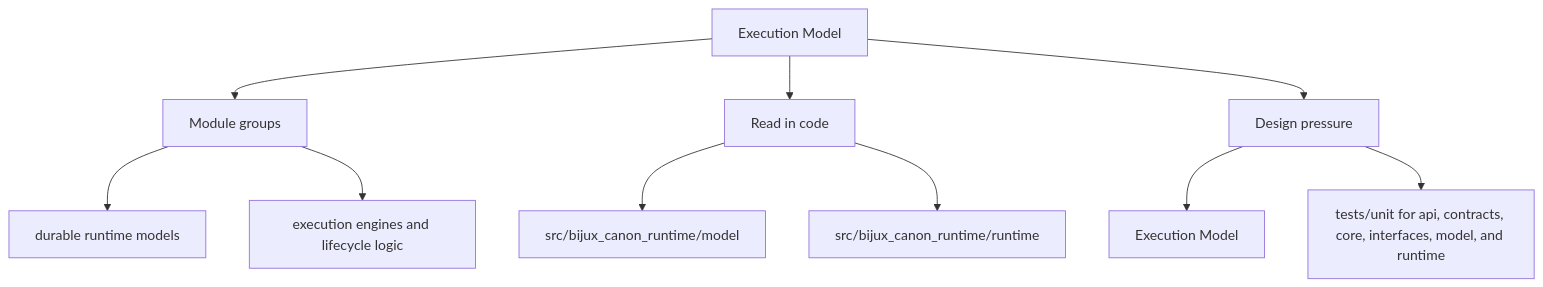
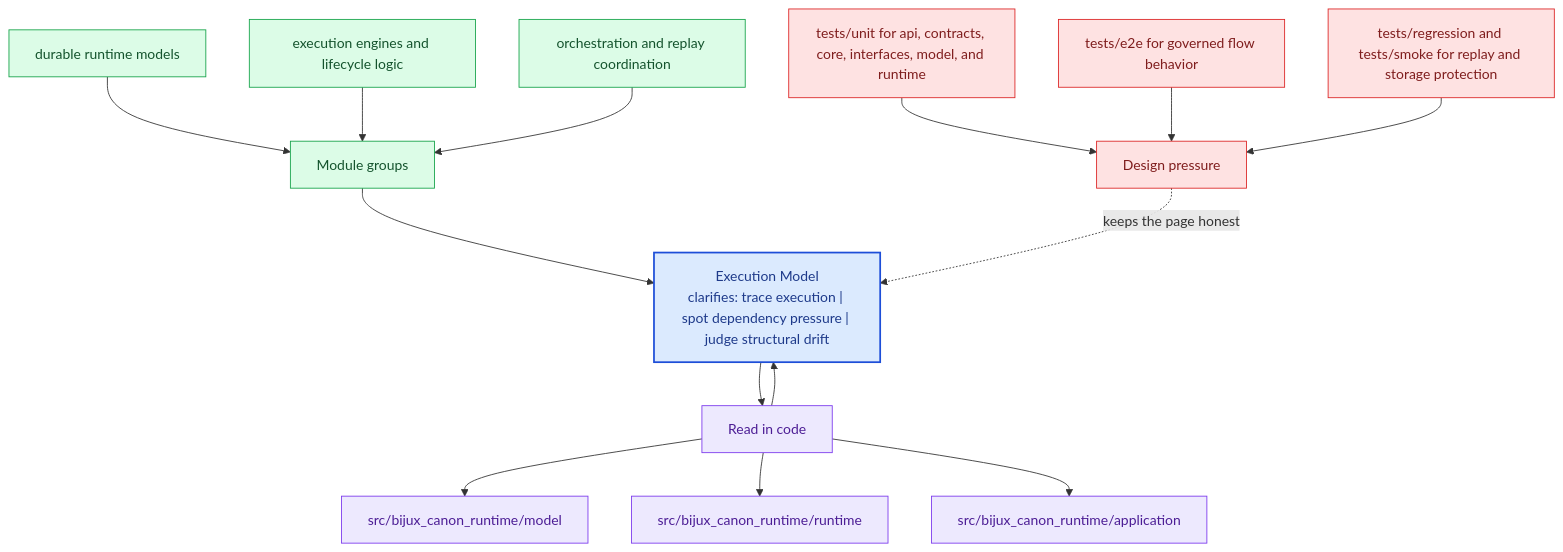
The second of 2 diagrams in docs/bijux-canon-runtime/architecture/execution-model.md (bijux/bijux-canon), drawn with Mermaid before and after one commit. The commit also changed other lines of this file and 281 other files, not shown here.

Commit message:
docs(diagrams): deepen handbook mermaid maps across the catalog

````diff
--- a/docs/bijux-canon-runtime/architecture/execution-model.md
+++ b/docs/bijux-canon-runtime/architecture/execution-model.md
@@ -36,22 +69,40 @@
 ```mermaid
-flowchart TD
-    page["Execution Model"]
+flowchart TB
+    promise["Execution Model<br/>clarifies: trace execution | spot dependency pressure | judge structural drift"]
+    classDef promise fill:#dbeafe,stroke:#1d4ed8,color:#1e3a8a,stroke-width:2px;
+    classDef driver fill:#dcfce7,stroke:#16a34a,color:#14532d;
+    classDef constraint fill:#fee2e2,stroke:#dc2626,color:#7f1d1d;
+    classDef ground fill:#ede9fe,stroke:#7c3aed,color:#4c1d95;
     focus1["Module groups"]
-    page --> focus1
+    focus1 --> promise
     focus1_1["durable runtime models"]
-    focus1 --> focus1_1
+    focus1_1 --> focus1
     focus1_2["execution engines and lifecycle logic"]
-    focus1 --> focus1_2
+    focus1_2 --> focus1
+    focus1_3["orchestration and replay coordination"]
+    focus1_3 --> focus1
+    class focus1 driver;
+    class focus1_1,focus1_2,focus1_3 driver;
     focus2["Read in code"]
-    page --> focus2
+    focus2 --> promise
+    promise --> focus2
     focus2_1["src/bijux_canon_runtime/model"]
     focus2 --> focus2_1
     focus2_2["src/bijux_canon_runtime/runtime"]
     focus2 --> focus2_2
+    focus2_3["src/bijux_canon_runtime/application"]
+    focus2 --> focus2_3
+    class focus2 ground;
+    class focus2_1,focus2_2,focus2_3 ground;
     focus3["Design pressure"]
-    page --> focus3
-    focus3_1["Execution Model"]
-    focus3 --> focus3_1
-    focus3_2["tests/unit for api, contracts, core, interfaces, model, and runtime"]
-    focus3 --> focus3_2
+    focus3 -.keeps the page honest.-> promise
+    focus3_1["tests/unit for api, contracts, core, interfaces, model, and runtime"]
+    focus3_1 --> focus3
+    focus3_2["tests/e2e for governed flow behavior"]
+    focus3_2 --> focus3
+    focus3_3["tests/regression and tests/smoke for replay and storage protection"]
+    focus3_3 --> focus3
+    class focus3 constraint;
+    class focus3_1,focus3_2,focus3_3 constraint;
+    class promise promise;
 ```
````
